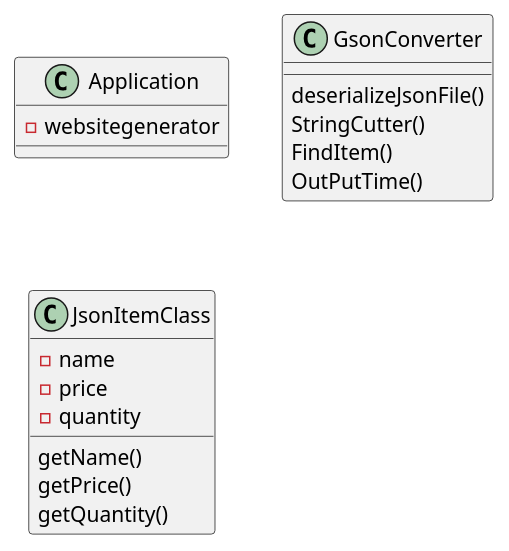
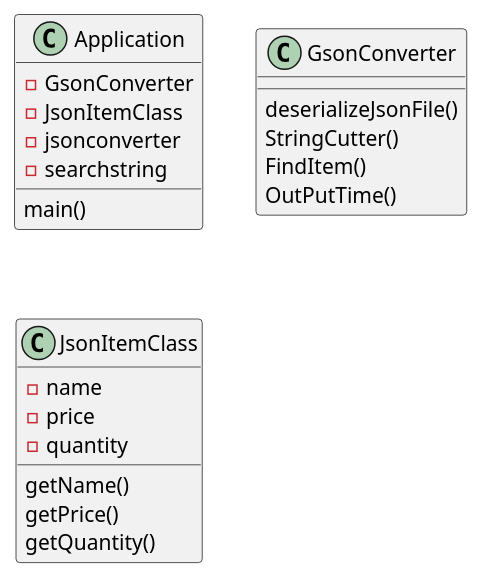
Before and after one commit to Awesome-wolf-101/ashby-cop3330-assignment3: the diagram in src/main/java/oop/assignment3/ex44/exercise44_Diagram.puml, drawn with PlantUML. The commit also changed 20 other files, not shown here.

```diff
--- a/src/main/java/oop/assignment3/ex44/exercise44_Diagram.puml
+++ b/src/main/java/oop/assignment3/ex44/exercise44_Diagram.puml
@@ -1,31 +1,36 @@
 @startuml
 'https://plantuml.com/sequence-diagram
 
 class Application{
--websitegenerator
+-GsonConverter
+-JsonItemClass
+-jsonconverter
+-searchstring
+
+main()
 }
 
 class GsonConverter{
 
 
 
 deserializeJsonFile()
 StringCutter()
 FindItem()
 OutPutTime()
 }
 
 class JsonItemClass{
 -name
 -price
 -quantity
 
 
 
 getName()
 getPrice()
 getQuantity()
 
 }
 
 @enduml
```
